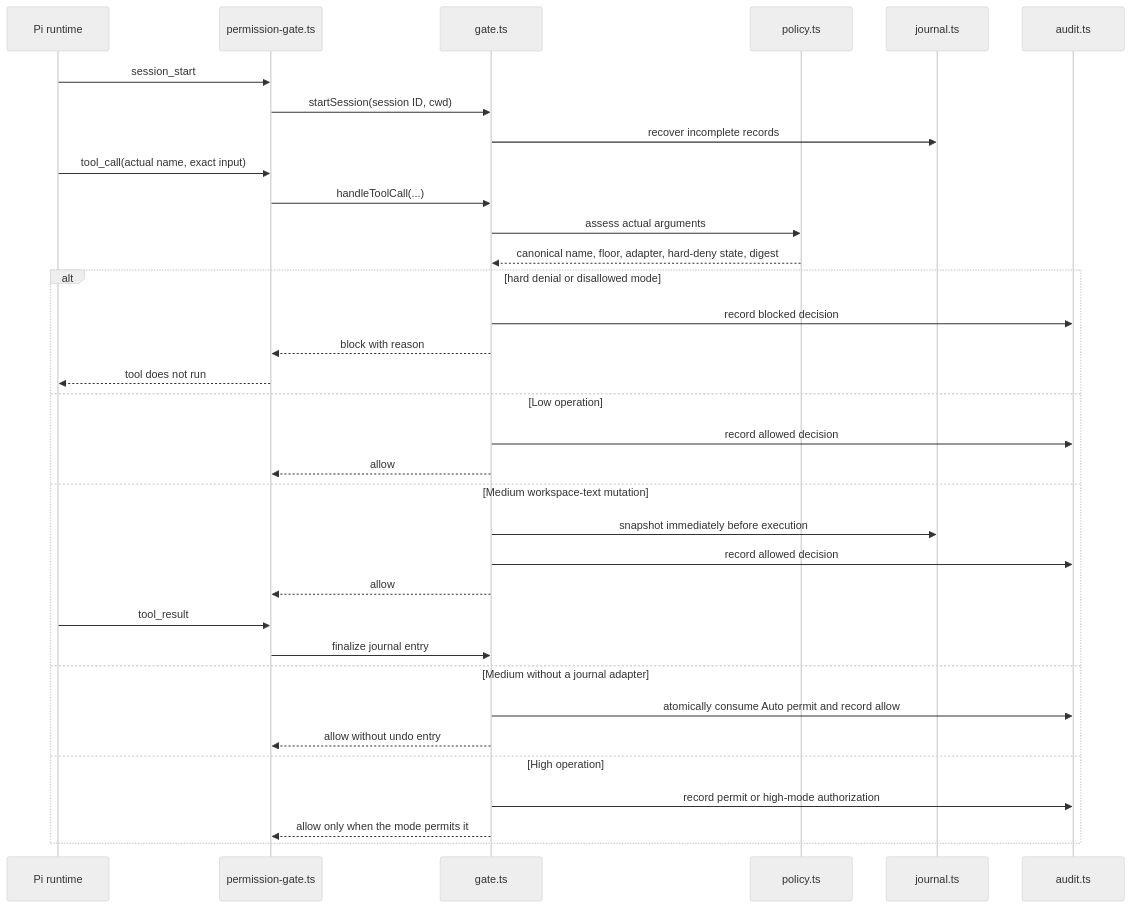
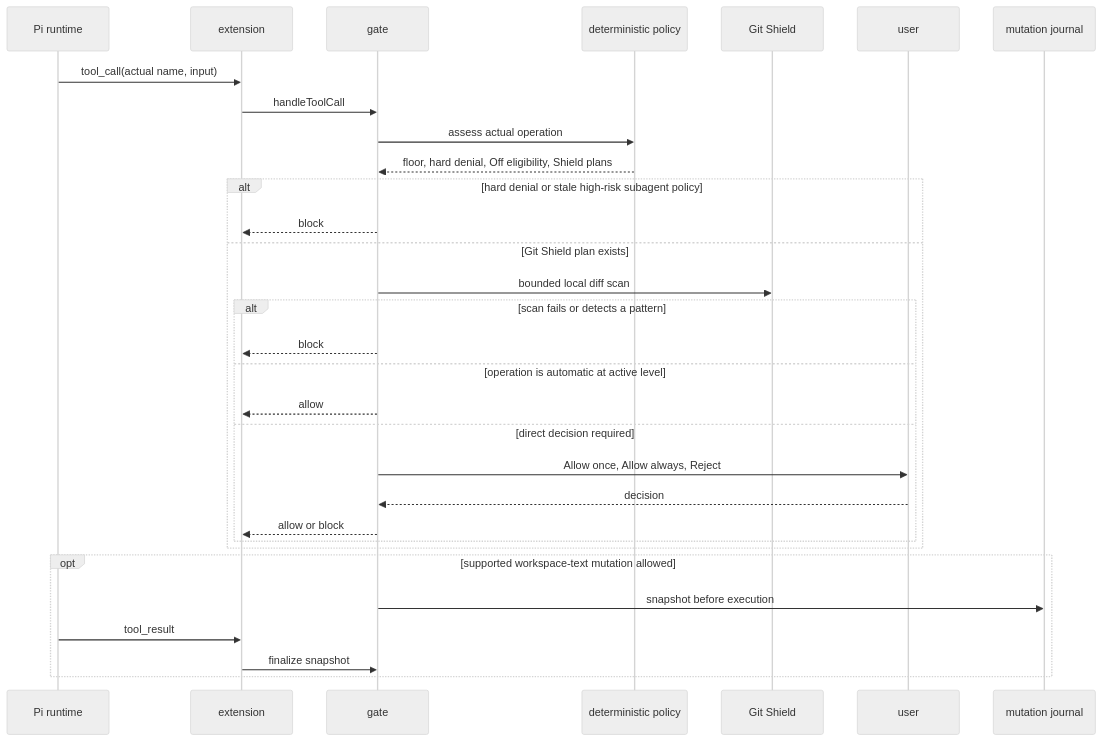
Before and after one commit to dmytro587/dotfiles: the second of 2 diagrams in .pi/agent/security/README.md, drawn with Mermaid (neutral theme). The commit also changed other lines of this file and 22 other files, not shown here.

First line of the commit message:
feat(permission-gate): add Off autonomy and Git Shield scanning

````diff
--- a/.pi/agent/security/README.md
+++ b/.pi/agent/security/README.md
@@ -58,39 +55,34 @@
 ```mermaid
 sequenceDiagram
     participant Pi as Pi runtime
-    participant Ext as permission-gate.ts
-    participant Gate as gate.ts
-    participant Policy as policy.ts
-    participant Journal as journal.ts
-    participant Audit as audit.ts
+    participant Ext as extension
+    participant Gate as gate
+    participant Policy as deterministic policy
+    participant Shield as Git Shield
+    participant User as user
+    participant Journal as mutation journal
 
-    Pi->>Ext: session_start
-    Ext->>Gate: startSession(session ID, cwd)
-    Gate->>Journal: recover incomplete records
-
-    Pi->>Ext: tool_call(actual name, exact input)
-    Ext->>Gate: handleToolCall(...)
-    Gate->>Policy: assess actual arguments
-    Policy-->>Gate: canonical name, floor, adapter, hard-deny state, digest
-
-    alt hard denial or disallowed mode
-        Gate->>Audit: record blocked decision
-        Gate-->>Ext: block with reason
-        Ext-->>Pi: tool does not run
-    else Low operation
-        Gate->>Audit: record allowed decision
-        Gate-->>Ext: allow
-    else Medium workspace-text mutation
-        Gate->>Journal: snapshot immediately before execution
-        Gate->>Audit: record allowed decision
-        Gate-->>Ext: allow
+    Pi->>Ext: tool_call(actual name, input)
+    Ext->>Gate: handleToolCall
+    Gate->>Policy: assess actual operation
+    Policy-->>Gate: floor, hard denial, Off eligibility, Shield plans
+    alt hard denial or stale high-risk subagent policy
+        Gate-->>Ext: block
+    else Git Shield plan exists
+        Gate->>Shield: bounded local diff scan
+        alt scan fails or detects a pattern
+            Gate-->>Ext: block
+        else operation is automatic at active level
+            Gate-->>Ext: allow
+        else direct decision required
+            Gate->>User: Allow once, Allow always, Reject
+            User-->>Gate: decision
+            Gate-->>Ext: allow or block
+        end
+    end
+    opt supported workspace-text mutation allowed
+        Gate->>Journal: snapshot before execution
         Pi->>Ext: tool_result
-        Ext->>Gate: finalize journal entry
-    else Medium without a journal adapter
-        Gate->>Audit: atomically consume Auto permit and record allow
-        Gate-->>Ext: allow without undo entry
-    else High operation
-        Gate->>Audit: record permit or high-mode authorization
-        Gate-->>Ext: allow only when the mode permits it
+        Ext->>Gate: finalize snapshot
     end
 ```
````
